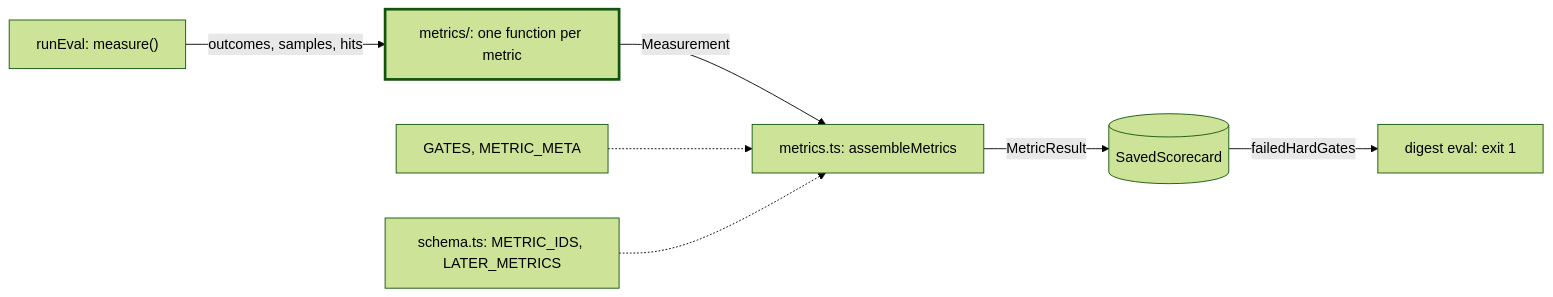
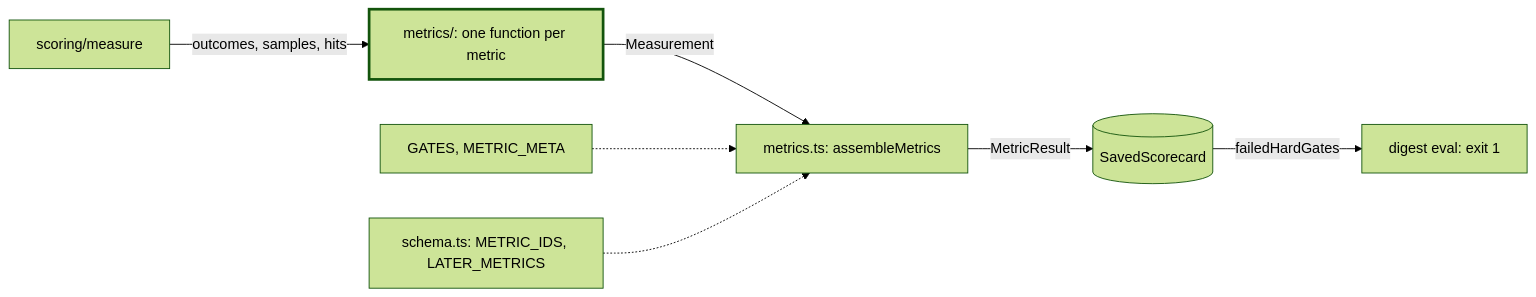
The first of 2 diagrams in evals/metrics/CLAUDE.md (odere-pro/weekly-engineering-digest-agent), drawn with Mermaid (forest theme) before and after one commit. The commit also changed other lines of this file and 119 other files, not shown here.

````diff
--- a/evals/metrics/CLAUDE.md
+++ b/evals/metrics/CLAUDE.md
@@ -9,10 +9,10 @@
 ```mermaid
 flowchart LR
-  run["runEval: measure()"] -->|"outcomes, samples, hits"| fns["metrics/: one function per metric"]:::focus
+  run["scoring/measure"] -->|"outcomes, samples, hits"| fns["metrics/: one function per metric"]:::focus
   fns -->|Measurement| asm["metrics.ts: assembleMetrics"]
   tbl["GATES, METRIC_META"] -.-> asm
   ids["schema.ts: METRIC_IDS, LATER_METRICS"] -.-> asm
   asm -->|"MetricResult"| card[("SavedScorecard")]
   card -->|failedHardGates| cli["digest eval: exit 1"]
   classDef focus stroke-width:3px
 ```
````
